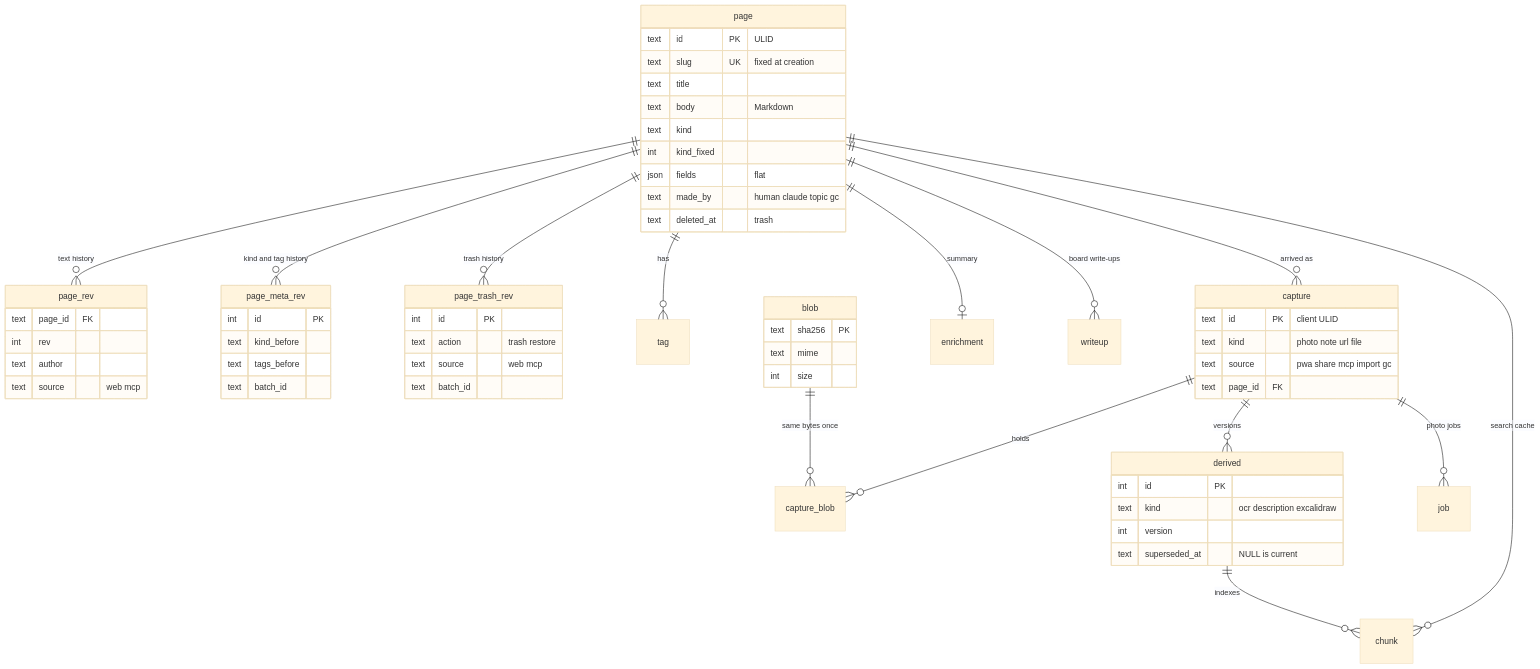
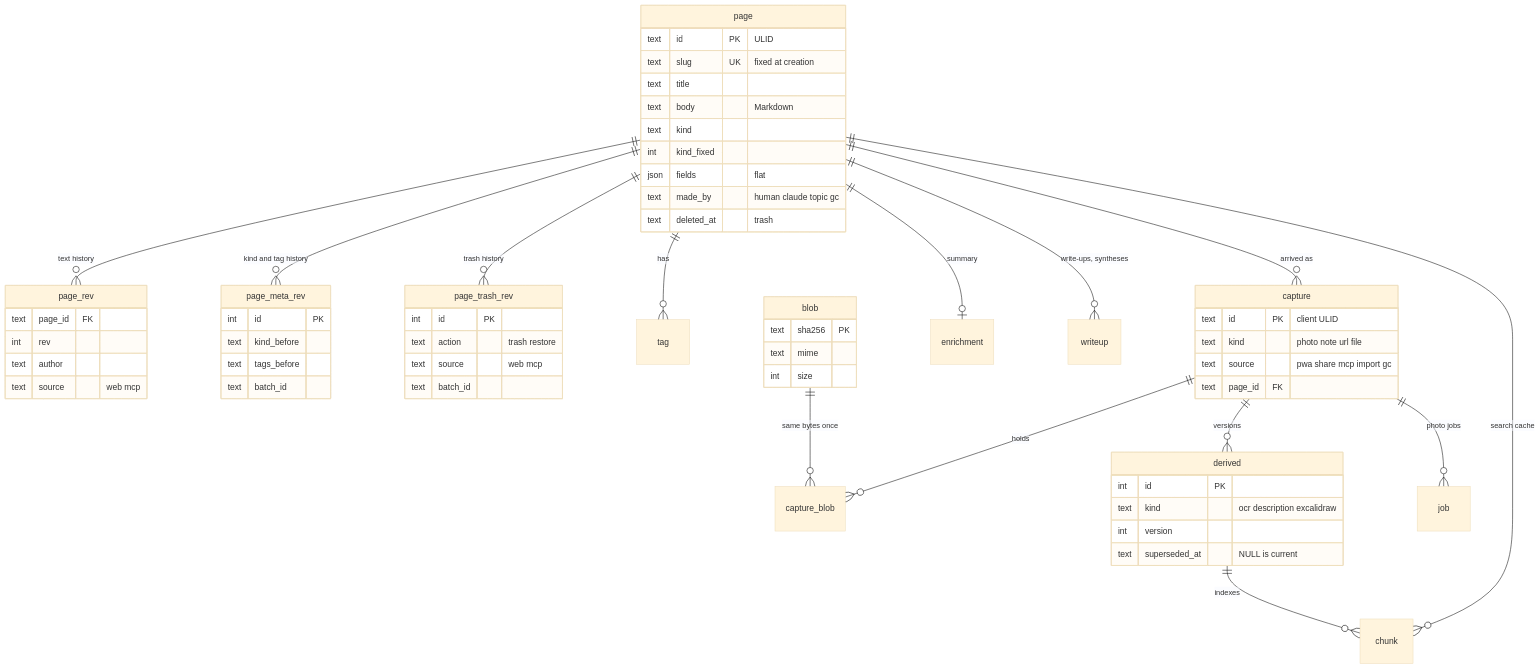
The first of 5 diagrams in docs/explanations/architecture/data-model.md (gilesknap/scrap), drawn with Mermaid (base theme) before and after one commit. The commit also changed other lines of this file and 23 other files, not shown here.

First line of the commit message:
Final docs pass for 1.0: fix drift against the code and chart (#376)

````diff
--- a/docs/explanations/architecture/data-model.md
+++ b/docs/explanations/architecture/data-model.md
@@ -15,62 +14,62 @@
 ```mermaid
 erDiagram
     page ||--o{ page_rev : "text history"
     page ||--o{ page_meta_rev : "kind and tag history"
     page ||--o{ page_trash_rev : "trash history"
     page ||--o{ tag : has
     page ||--o{ capture : "arrived as"
     page ||--o| enrichment : "summary"
-    page ||--o{ writeup : "board write-ups"
+    page ||--o{ writeup : "write-ups, syntheses"
     page ||--o{ chunk : "search cache"
     capture ||--o{ capture_blob : holds
     blob ||--o{ capture_blob : "same bytes once"
     capture ||--o{ derived : "versions"
     capture ||--o{ job : "photo jobs"
     derived ||--o{ chunk : indexes
     page {
         text id PK "ULID"
         text slug UK "fixed at creation"
         text title
         text body "Markdown"
         text kind
         int kind_fixed
         json fields "flat"
         text made_by "human claude topic gc"
         text deleted_at "trash"
     }
     blob {
         text sha256 PK
         text mime
         int size
     }
     capture {
         text id PK "client ULID"
         text kind "photo note url file"
         text source "pwa share mcp import gc"
         text page_id FK
     }
     derived {
         int id PK
         text kind "ocr description excalidraw"
         int version
         text superseded_at "NULL is current"
     }
     page_rev {
         text page_id FK
         int rev
         text author
         text source "web mcp"
     }
     page_meta_rev {
         int id PK
         text kind_before
         text tags_before
         text batch_id
     }
     page_trash_rev {
         int id PK
         text action "trash restore"
         text source "web mcp"
         text batch_id
     }
 ```
````
